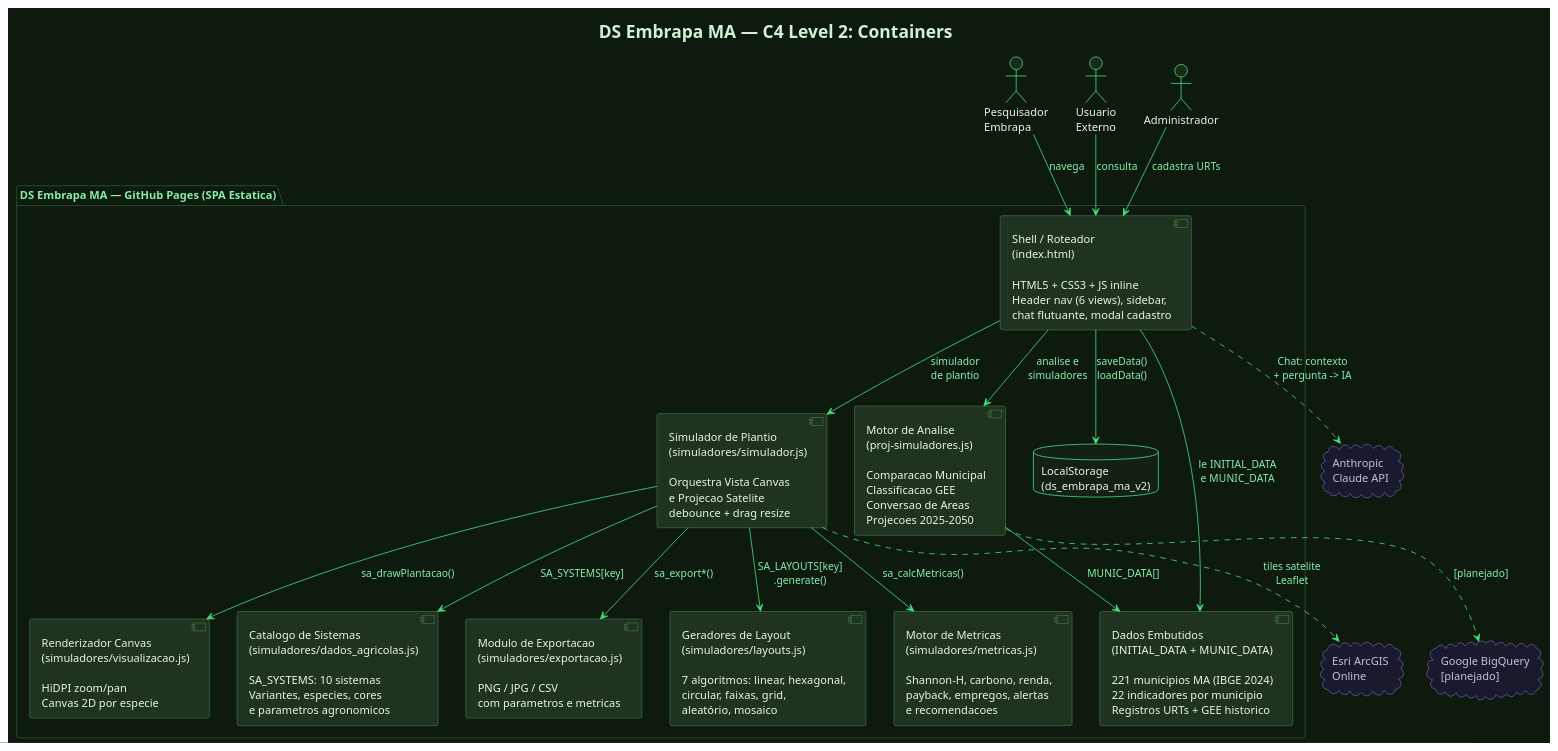
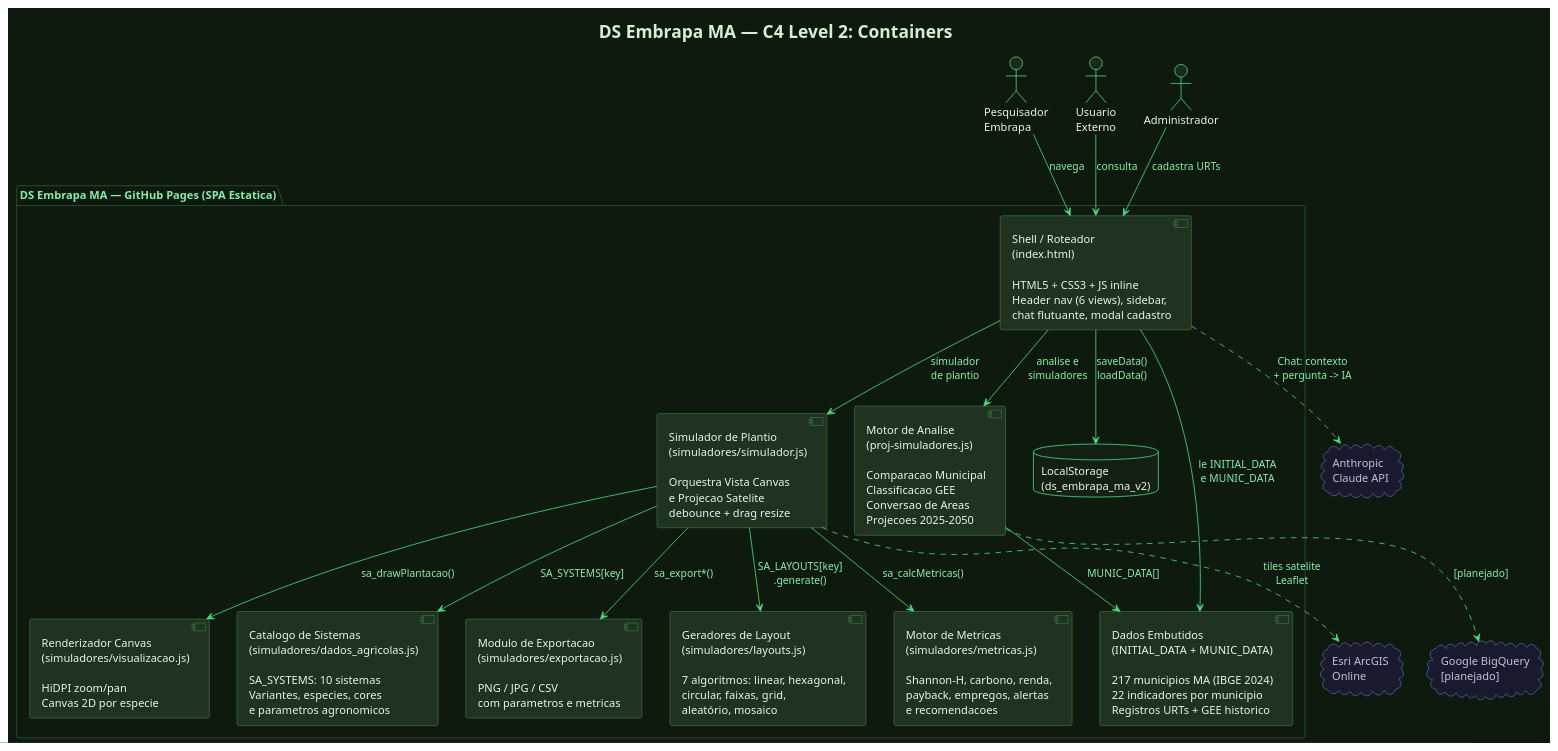
The second of 11 diagrams in docs/architecture.puml (aluisiopereirae/ds-embrapa-ma), drawn with PlantUML before and after one commit. The commit also changed other lines of this file and 1 other file, not shown here.

```diff
--- a/docs/architecture.puml
+++ b/docs/architecture.puml
@@ -43,73 +43,73 @@
 @startuml C4_L2_Containers
 !theme plain
 skinparam defaultFontName Arial
 skinparam backgroundColor #0d1a0d
 skinparam defaultFontColor #d4f0d4
 skinparam arrowColor #4ade80
 skinparam arrowFontColor #86efac
 skinparam rectangleBackgroundColor #1a2a1a
 skinparam rectangleBorderColor #3a6a3a
 skinparam rectangleFontColor #e8f5e8
 skinparam packageBackgroundColor #0f1a0f
 skinparam packageBorderColor #2a5a2a
 skinparam packageFontColor #86efac
 skinparam componentBackgroundColor #1f3320
 skinparam componentBorderColor #3a6a3a
 skinparam componentFontColor #e8f5e8
 skinparam databaseBackgroundColor #142014
 skinparam databaseBorderColor #4ade80
 skinparam databaseFontColor #e8f5e8
 skinparam cloudBackgroundColor #1a1a2e
 skinparam cloudBorderColor #6060a0
 skinparam cloudFontColor #c0c0e0
 skinparam actorBackgroundColor #1a2a1a
 skinparam actorBorderColor #4ade80
 skinparam actorFontColor #e8f5e8
 skinparam noteBorderColor #2a5a2a
 skinparam noteBackgroundColor #0f1a0f
 skinparam noteFontColor #86efac
 skinparam legendBackgroundColor #0f1a0f
 skinparam legendBorderColor #2a5a2a
 
 title "DS Embrapa MA — C4 Level 2: Containers"
 
 actor "Pesquisador\nEmbrapa" as USR
 actor "Usuario\nExterno" as UEXT
 actor "Administrador" as ADM
 
 cloud "Google BigQuery\n[planejado]" as BQ
 cloud "Anthropic\nClaude API" as CLAUDE
 cloud "Esri ArcGIS\nOnline" as ESRI
 
 package "DS Embrapa MA — GitHub Pages (SPA Estatica)" {
   component "Shell / Roteador\n(index.html)\n\nHTML5 + CSS3 + JS inline\nHeader nav (6 views), sidebar,\nchat flutuante, modal cadastro" as SHELL
-  component "Dados Embutidos\n(INITIAL_DATA + MUNIC_DATA)\n\n221 municipios MA (IBGE 2024)\n22 indicadores por municipio\nRegistros URTs + GEE historico" as DATA
+  component "Dados Embutidos\n(INITIAL_DATA + MUNIC_DATA)\n\n217 municipios MA (IBGE 2024)\n22 indicadores por municipio\nRegistros URTs + GEE historico" as DATA
   component "Motor de Analise\n(proj-simuladores.js)\n\nComparacao Municipal\nClassificacao GEE\nConversao de Areas\nProjecoes 2025-2050" as PROJSIM
   component "Simulador de Plantio\n(simuladores/simulador.js)\n\nOrquestra Vista Canvas\ne Projecao Satelite\ndebounce + drag resize" as PLSIM
   component "Geradores de Layout\n(simuladores/layouts.js)\n\n7 algoritmos: linear, hexagonal,\ncircular, faixas, grid,\naleatório, mosaico" as LAY
   component "Motor de Metricas\n(simuladores/metricas.js)\n\nShannon-H, carbono, renda,\npayback, empregos, alertas\ne recomendacoes" as MET
   component "Renderizador Canvas\n(simuladores/visualizacao.js)\n\nHiDPI zoom/pan\nCanvas 2D por especie" as VIZ
   component "Catalogo de Sistemas\n(simuladores/dados_agricolas.js)\n\nSA_SYSTEMS: 10 sistemas\nVariantes, especies, cores\ne parametros agronomicos" as DADAG
   component "Modulo de Exportacao\n(simuladores/exportacao.js)\n\nPNG / JPG / CSV\ncom parametros e metricas" as EXP
   database "LocalStorage\n(ds_embrapa_ma_v2)" as LS
 }
 
 USR  --> SHELL : "navega"
 UEXT --> SHELL : "consulta"
 ADM  --> SHELL : "cadastra URTs"
 
 SHELL  --> DATA   : "le INITIAL_DATA\ne MUNIC_DATA"
 SHELL  --> PROJSIM : "analise e\nsimuladores"
 SHELL  --> PLSIM   : "simulador\nde plantio"
 PLSIM  --> LAY     : "SA_LAYOUTS[key]\n.generate()"
 PLSIM  --> MET     : "sa_calcMetricas()"
 PLSIM  --> VIZ     : "sa_drawPlantacao()"
 PLSIM  --> DADAG   : "SA_SYSTEMS[key]"
 PLSIM  --> EXP     : "sa_export*()"
 PROJSIM --> DATA   : "MUNIC_DATA[]"
 SHELL  --> LS      : "saveData()\nloadData()"
 
 SHELL  ..> CLAUDE : "Chat: contexto\n+ pergunta -> IA"
 PLSIM  ..> ESRI   : "tiles satelite\nLeaflet"
 PROJSIM ..> BQ    : "[planejado]"
 @enduml
```
